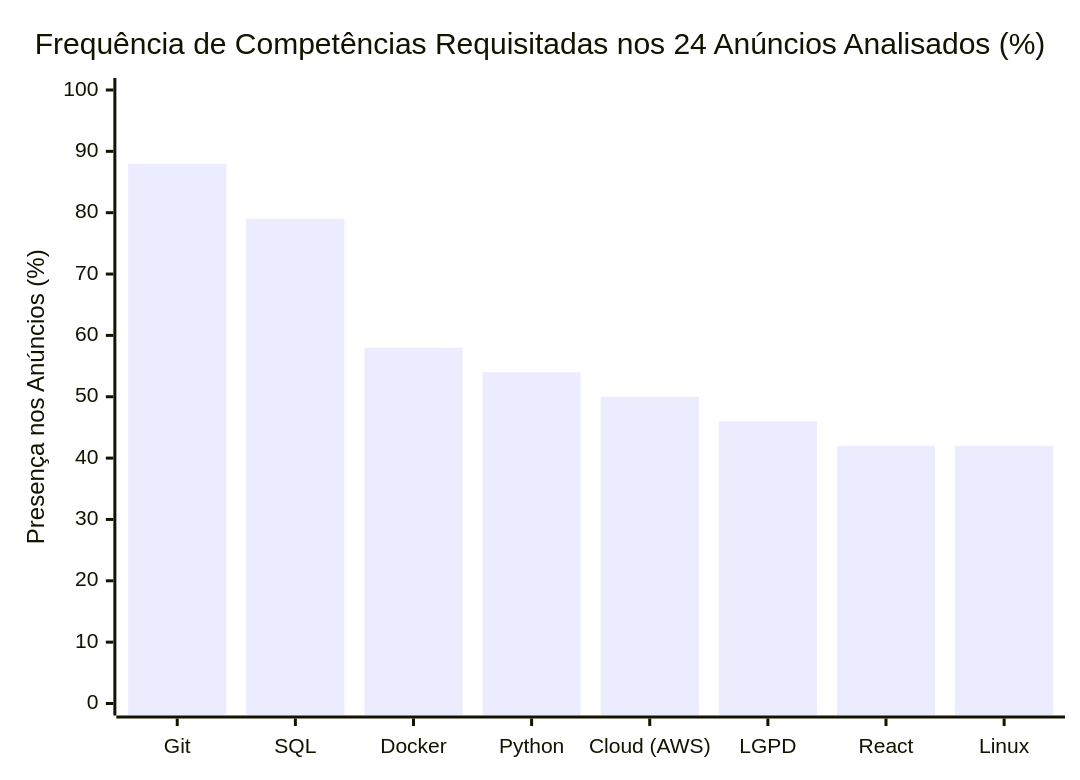
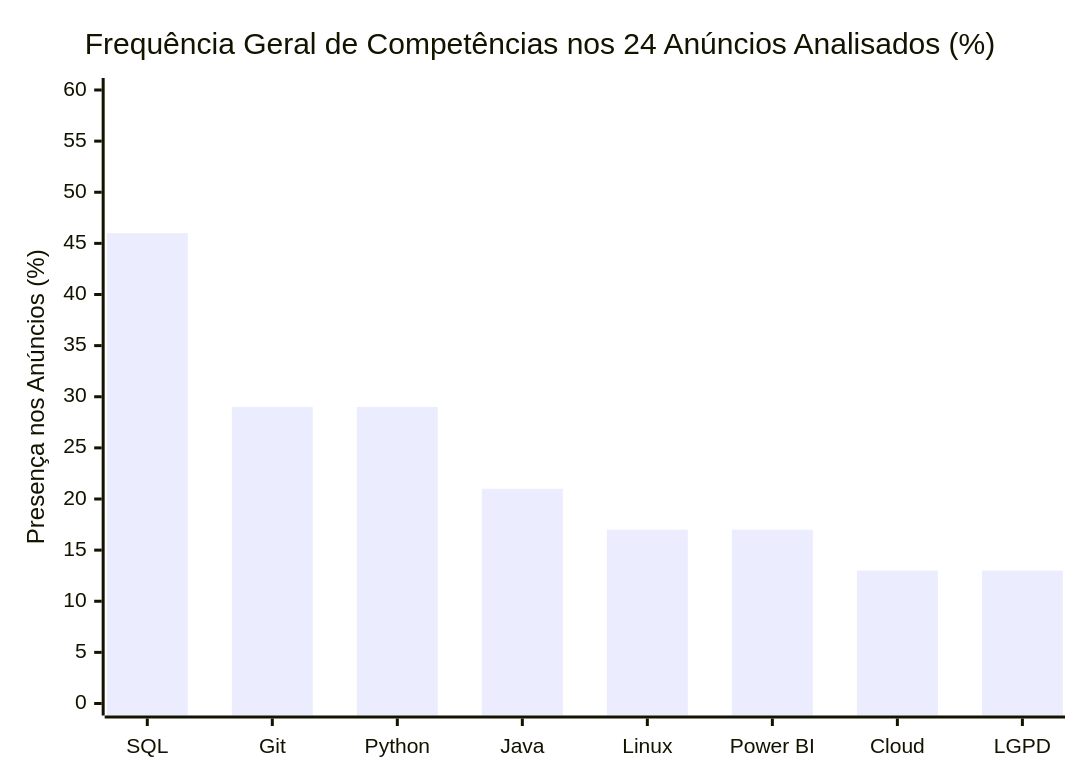
The first of 3 diagrams in 07_relatorio/relatorio_final.md (iGabrielCampos/Projeto_Integrador), drawn with Mermaid before and after one commit. The commit also changed other lines of this file and 21 other files, not shown here.

````diff
--- a/07_relatorio/relatorio_final.md
+++ b/07_relatorio/relatorio_final.md
@@ -330,7 +368,7 @@
 ```mermaid
 xychart-beta
-    title "Frequência de Competências Requisitadas nos 24 Anúncios Analisados (%)"
-    x-axis ["Git", "SQL", "Docker", "Python", "Cloud (AWS)", "LGPD", "React", "Linux"]
-    y-axis "Presença nos Anúncios (%)" 0 --> 100
-    bar [88, 79, 58, 54, 50, 46, 42, 42]
+    title "Frequência Geral de Competências nos 24 Anúncios Analisados (%)"
+    x-axis ["SQL", "Git", "Python", "Java", "Linux", "Power BI", "Cloud", "LGPD"]
+    y-axis "Presença nos Anúncios (%)" 0 --> 60
+    bar [46, 29, 29, 21, 17, 17, 13, 13]
 ```
````
